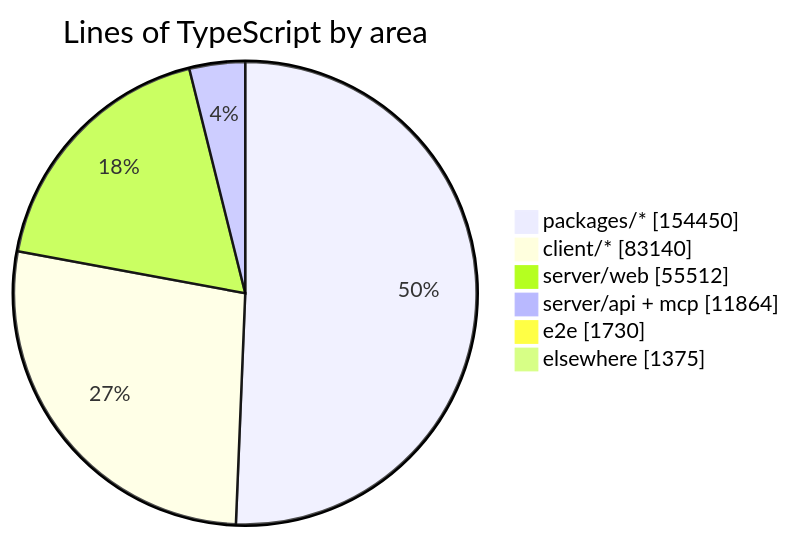
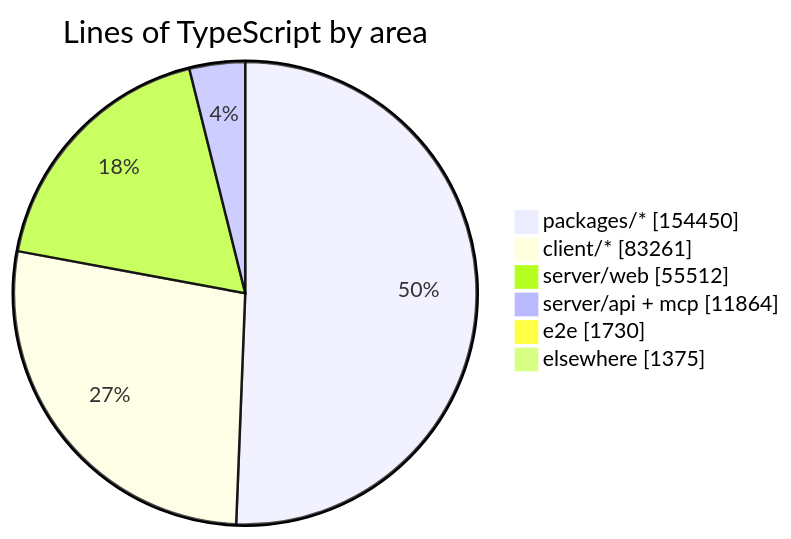
The diagram in README.md (crossworks-engineering/mantle), drawn with Mermaid before and after one commit. The commit also changed other lines of this file and 4 other files, not shown here.

````diff
--- a/README.md
+++ b/README.md
@@ -279,9 +279,9 @@
 ```mermaid
 pie showData title Lines of TypeScript by area
     "packages/*" : 154450
-    "client/*" : 83140
+    "client/*" : 83261
     "server/web" : 55512
     "server/api + mcp" : 11864
     "e2e" : 1730
     "elsewhere" : 1375
 ```
````
